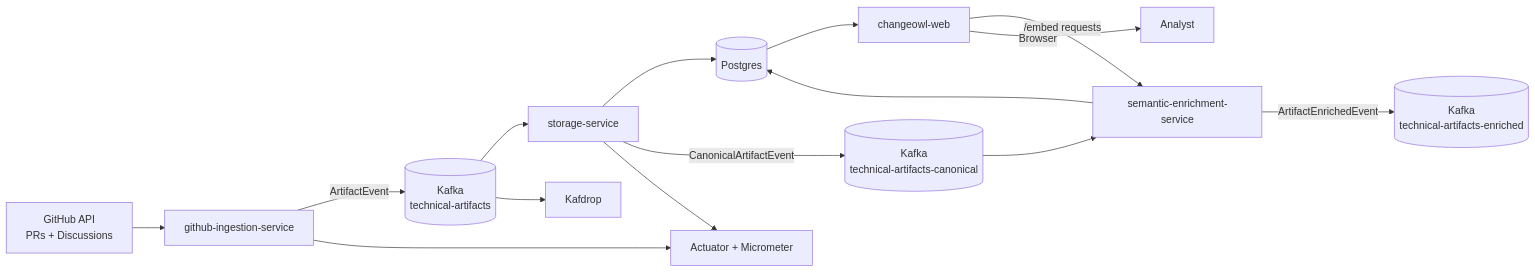
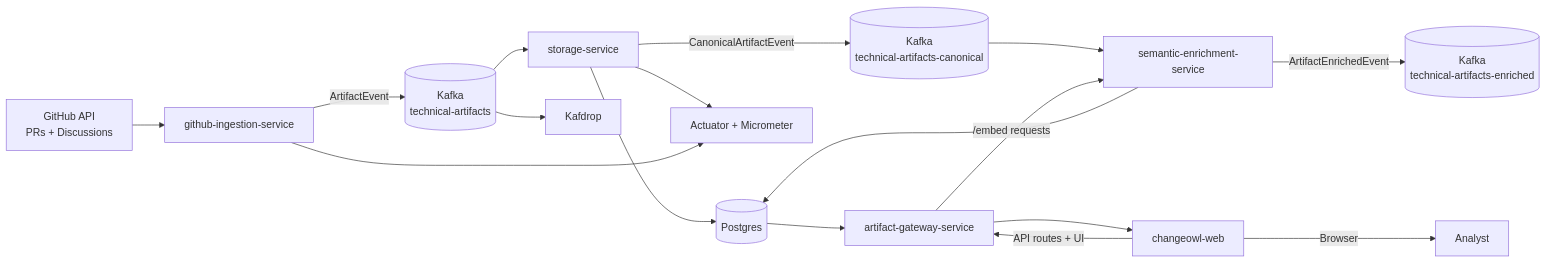
Before and after one commit to sivaanand13/change-owl: the first of 2 diagrams in README.md, drawn with Mermaid. The commit also changed other lines of this file and 62 other files, not shown here.

Commit message:
Developed the artifact-gateway-service, refactored change-owl web to use the gateway service, and retired the drizzle orm on changeowl-web

````diff
--- a/README.md
+++ b/README.md
@@ -52,17 +58,19 @@
 ```mermaid
 flowchart LR
 	GH[GitHub API\nPRs + Discussions] --> ING[github-ingestion-service]
 	ING -->|ArtifactEvent| K[(Kafka\ntechnical-artifacts)]
 	K --> ST[storage-service]
 	ST --> DB[(Postgres)]
 	ST -->|CanonicalArtifactEvent| KC[(Kafka\ntechnical-artifacts-canonical)]
 	ST --> METRICS[Actuator + Micrometer]
 	ING --> METRICS
 	K --> KD[Kafdrop]
 	KC --> SEM[semantic-enrichment-service]
 	SEM -->|ArtifactEnrichedEvent| KE[(Kafka\ntechnical-artifacts-enriched)]
 	SEM --> DB
-	DB --> WEB[changeowl-web]
-	WEB -->|/embed requests| SEM
+	DB --> GW[artifact-gateway-service]
+	GW -->|/embed requests| SEM
+	GW --> WEB[changeowl-web]
+	WEB -->|API routes + UI| GW
 	WEB -->|Browser| USER[Analyst]
 ```
````
